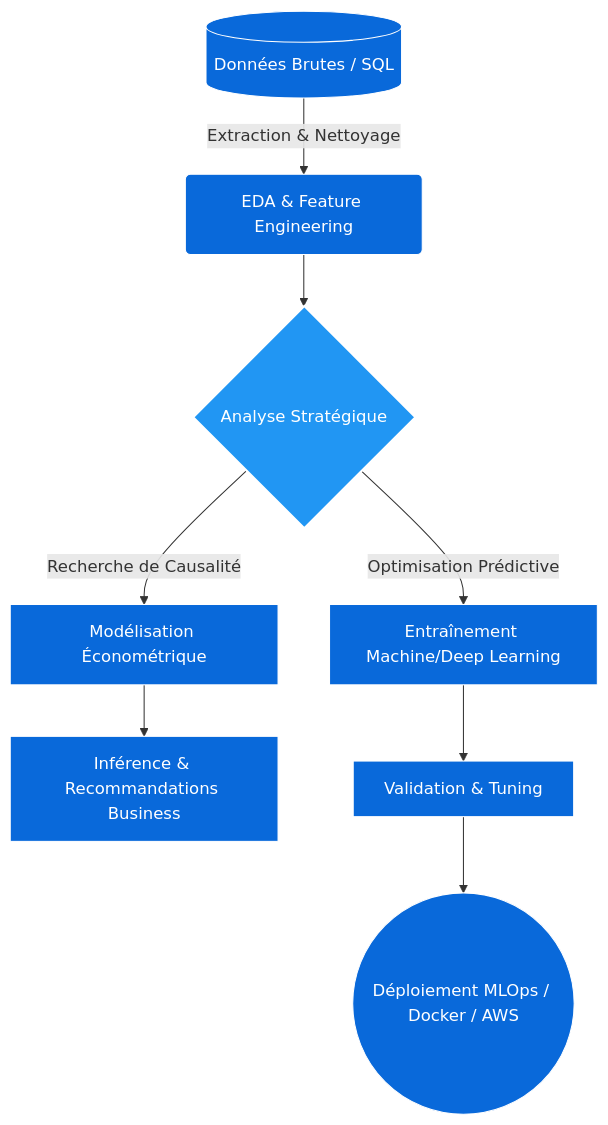
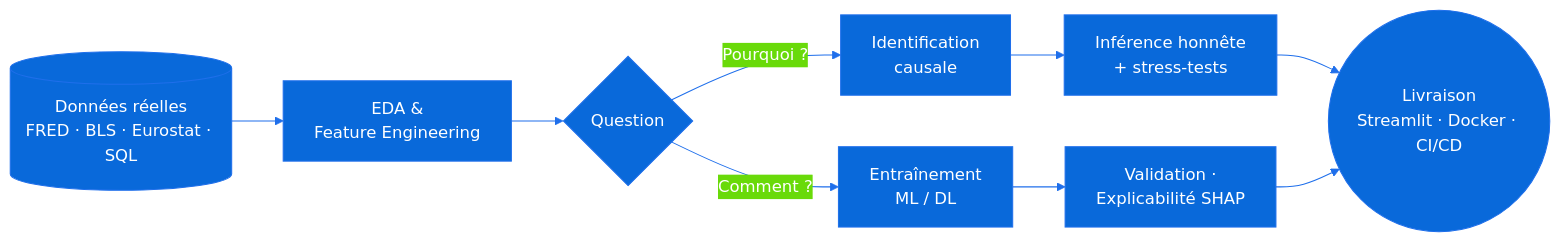
The diagram in README.md (maxime2476/maxime2476), drawn with Mermaid before and after one commit. The commit also changed other lines of this file and 4 other files, not shown here.

````diff
--- a/README.md
+++ b/README.md
@@ -71,14 +64,12 @@
 ```mermaid
-graph TD
-    A[(Données Brutes / SQL)] -->|Extraction & Nettoyage| B(EDA & Feature Engineering)
-    B --> C{Analyse Stratégique}
-    C -->|Recherche de Causalité| D[Modélisation Économétrique]
-    C -->|Optimisation Prédictive| E[Entraînement Machine/Deep Learning]
-    D --> F[Inférence & Recommandations Business]
-    E --> G[Validation & Tuning]
-    G --> H((Déploiement MLOps / Docker / AWS))
-    
-    classDef default fill:#0969DA,stroke:#fff,stroke-width:1px,color:#fff;
-    classDef decision fill:#2196F3,stroke:#fff,stroke-width:2px,color:#fff;
-    class C decision;
+%%{init: {'theme': 'base', 'themeVariables': {'primaryColor': '#0969DA', 'primaryTextColor': '#fff', 'primaryBorderColor': '#1F6FEB', 'lineColor': '#1F6FEB', 'fontFamily': 'monospace'}}}%%
+graph LR
+    A[(Données réelles<br/>FRED · BLS · Eurostat · SQL)] --> B[EDA &<br/>Feature Engineering]
+    B --> C{Question}
+    C -->|Pourquoi ?| D[Identification<br/>causale]
+    C -->|Comment ?| E[Entraînement<br/>ML / DL]
+    D --> F[Inférence honnête<br/>+ stress-tests]
+    E --> G[Validation ·<br/>Explicabilité SHAP]
+    F --> H((Livraison<br/>Streamlit · Docker · CI/CD))
+    G --> H
 ```
````
